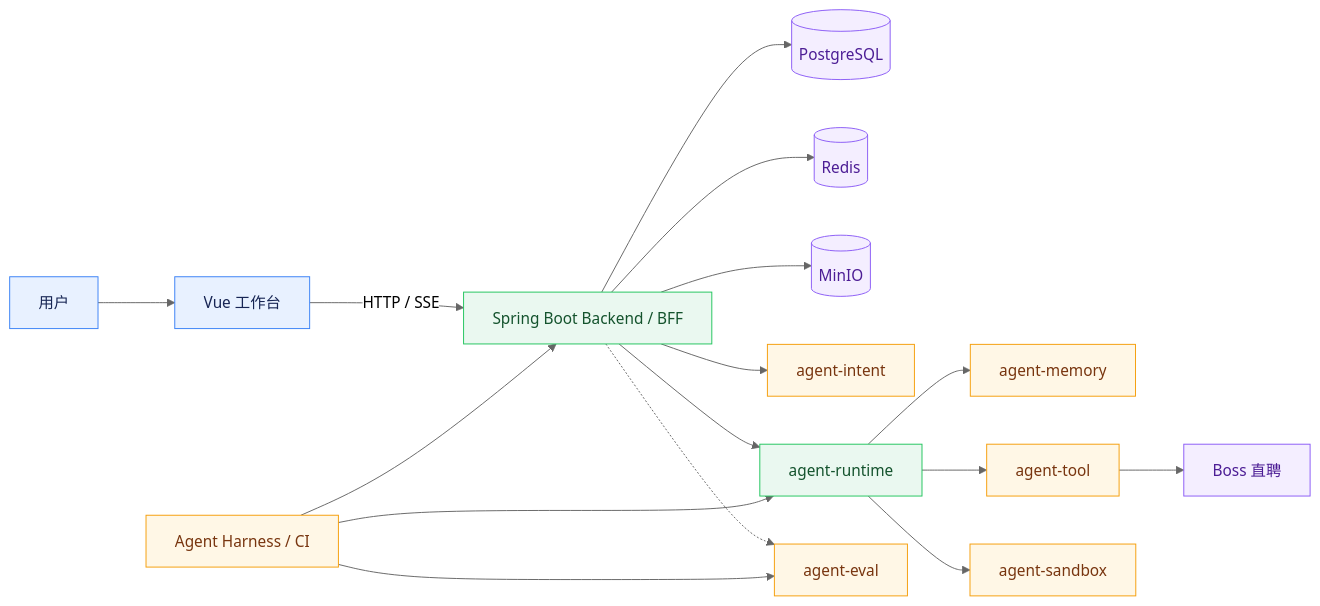
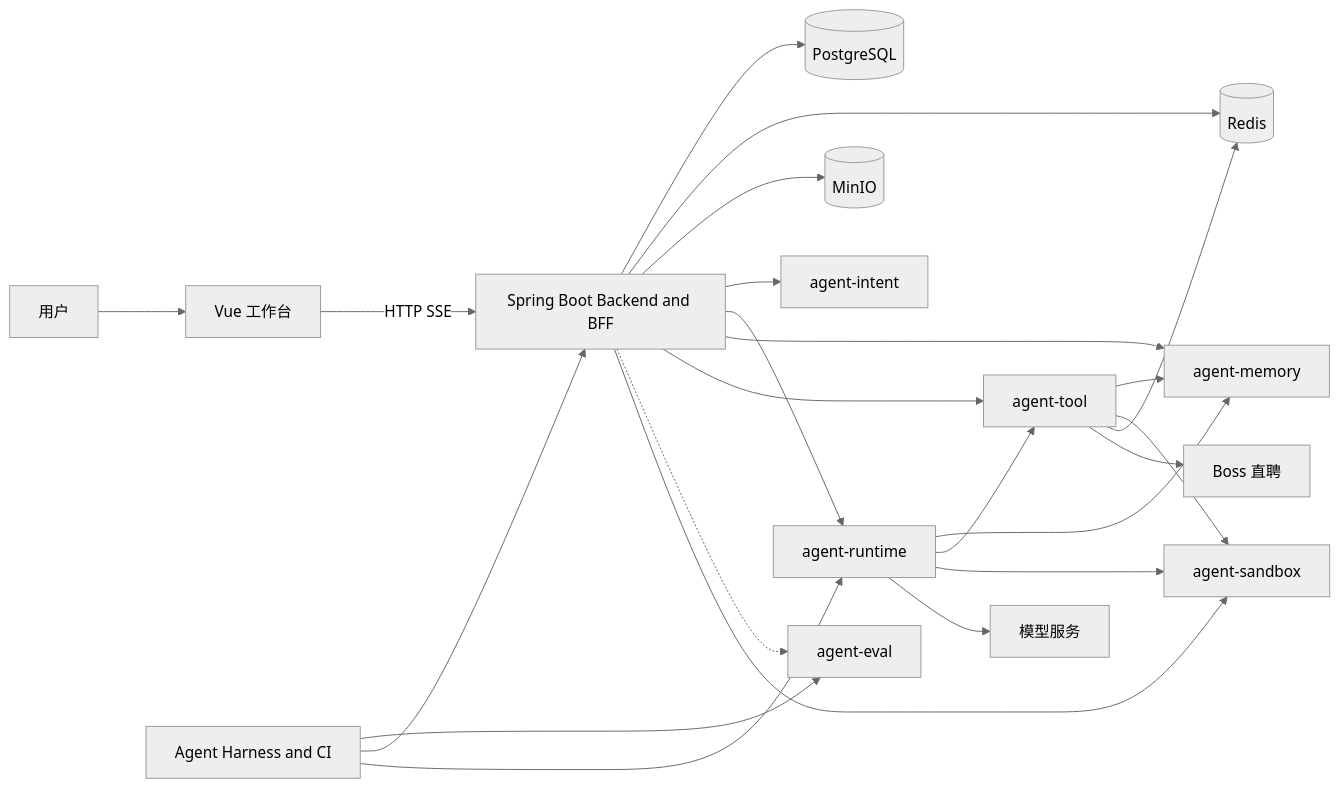
The first of 5 diagrams in agent-doc/架构设计/系统架构与核心链路.md (Logistic98/job-buddy), drawn with Mermaid (neutral theme) before and after one commit. The commit also changed other lines of this file and 20 other files, not shown here.

````diff
--- a/agent-doc/架构设计/系统架构与核心链路.md
+++ b/agent-doc/架构设计/系统架构与核心链路.md
@@ -11,30 +11,25 @@
 ```mermaid
 graph LR
     U[用户] --> FE[Vue 工作台]
-    FE -->|HTTP / SSE| BE[Spring Boot Backend / BFF]
-
+    FE -->|HTTP SSE| BE["Spring Boot Backend and BFF"]
     BE --> DB[(PostgreSQL)]
     BE --> REDIS[(Redis)]
     BE --> MINIO[(MinIO)]
     BE --> INTENT[agent-intent]
     BE --> RT[agent-runtime]
+    BE --> MEMORY[agent-memory]
+    BE --> TOOL[agent-tool]
     BE -.-> EVAL[agent-eval]
-
+    BE --> SANDBOX[agent-sandbox]
     RT --> MEMORY[agent-memory]
     RT --> TOOL[agent-tool]
     RT --> SANDBOX[agent-sandbox]
+    RT --> MODEL[模型服务]
+    TOOL --> MEMORY
+    TOOL --> SANDBOX
+    TOOL --> REDIS
     TOOL --> BOSS[Boss 直聘]
-
-    HARNESS[Agent Harness / CI] --> EVAL
+    HARNESS["Agent Harness and CI"] --> EVAL
     HARNESS --> BE
     HARNESS --> RT
-
-    classDef client fill:#E8F1FF,stroke:#3B82F6,color:#172554;
-    classDef core fill:#EAF8F0,stroke:#22C55E,color:#14532D;
-    classDef service fill:#FFF7E6,stroke:#F59E0B,color:#78350F;
-    classDef data fill:#F4EEFF,stroke:#8B5CF6,color:#4C1D95;
-    class U,FE client;
-    class BE,RT core;
-    class INTENT,MEMORY,TOOL,SANDBOX,EVAL,HARNESS service;
-    class DB,REDIS,MINIO,BOSS data;
 ```
````
